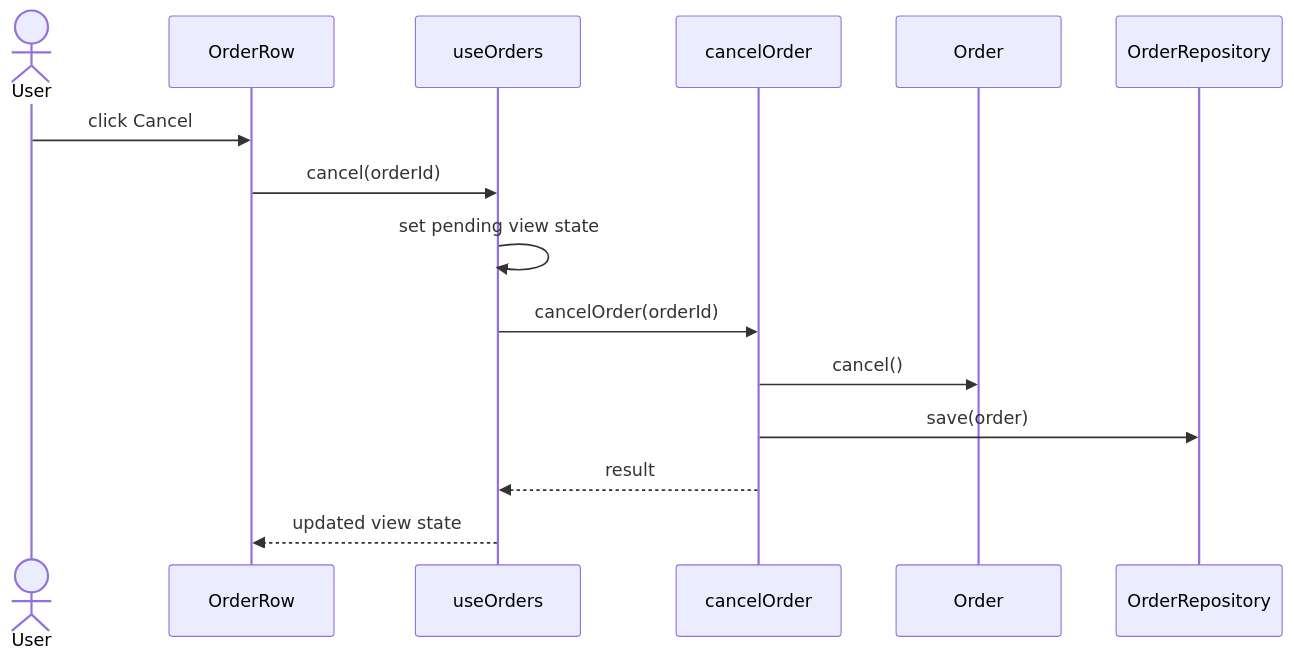
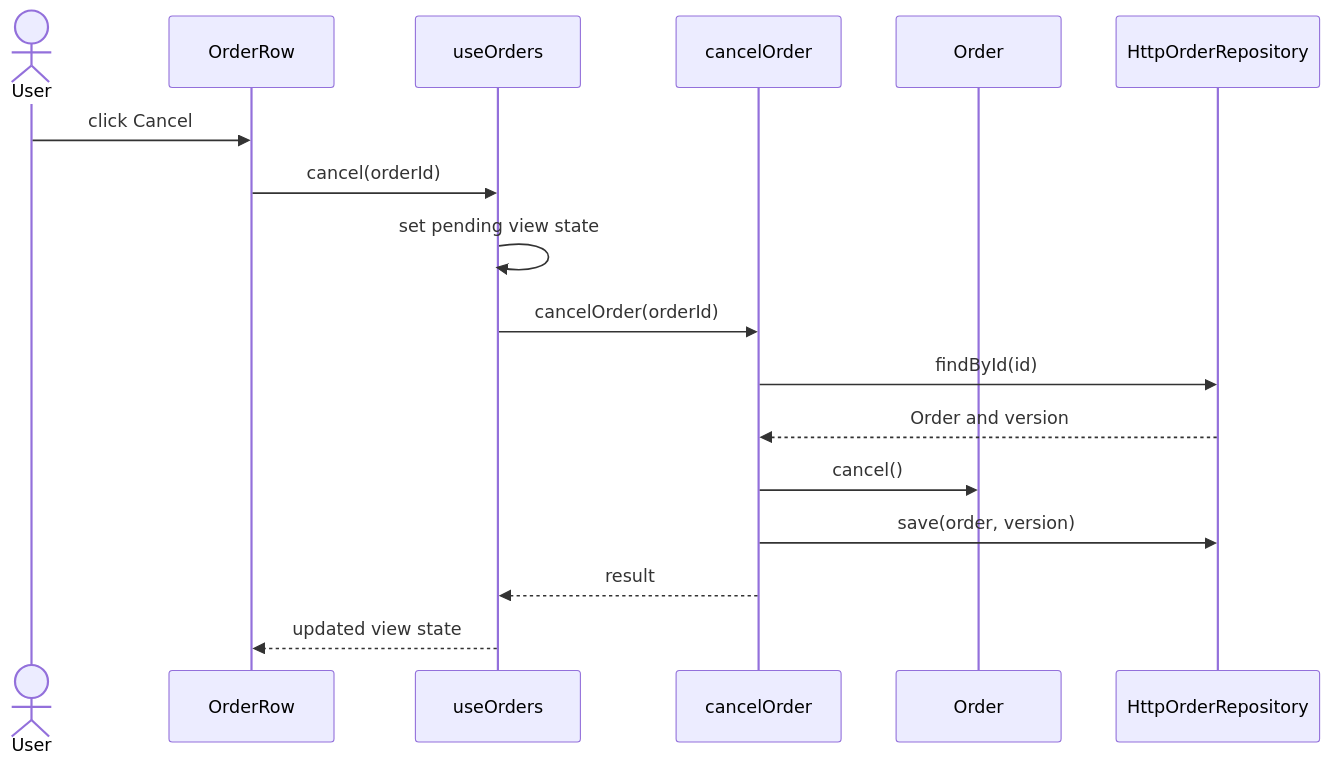
The sixth of 6 diagrams in model-view-viewmodel/README.md (AndresTaoFlorez/software-architecture), drawn with Mermaid before and after one commit. The commit also changed other lines of this file and 12 other files, not shown here.

````diff
--- a/model-view-viewmodel/README.md
+++ b/model-view-viewmodel/README.md
@@ -205,18 +226,20 @@
 ```mermaid
 sequenceDiagram
     actor User
     participant View as OrderRow
     participant VM as useOrders
     participant UC as cancelOrder
     participant Domain as Order
-    participant Repo as OrderRepository
+    participant Repo as HttpOrderRepository
 
     User->>View: click Cancel
     View->>VM: cancel(orderId)
     VM->>VM: set pending view state
     VM->>UC: cancelOrder(orderId)
+    UC->>Repo: findById(id)
+    Repo-->>UC: Order and version
     UC->>Domain: cancel()
-    UC->>Repo: save(order)
+    UC->>Repo: save(order, version)
     UC-->>VM: result
     VM-->>View: updated view state
 ```
````
